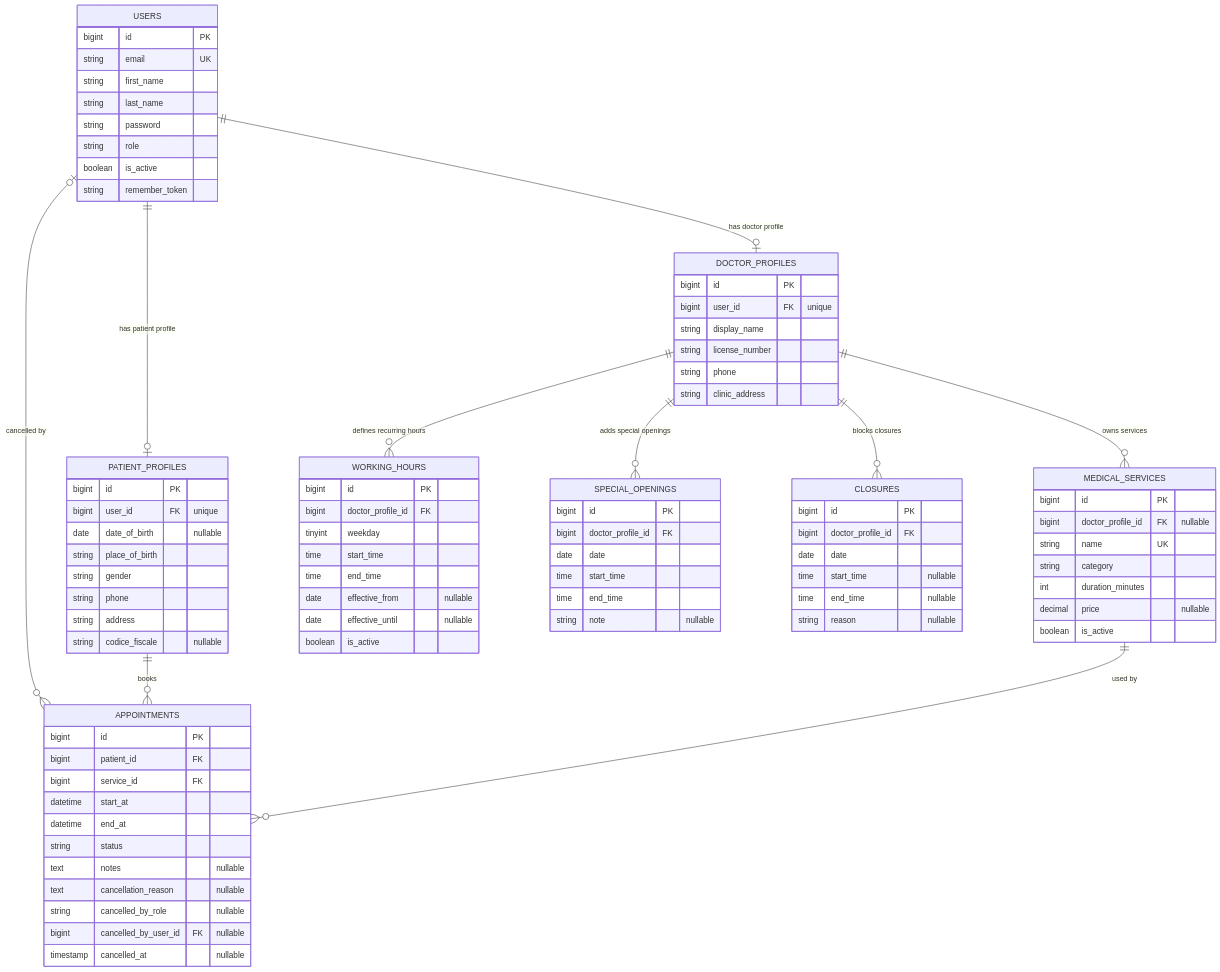
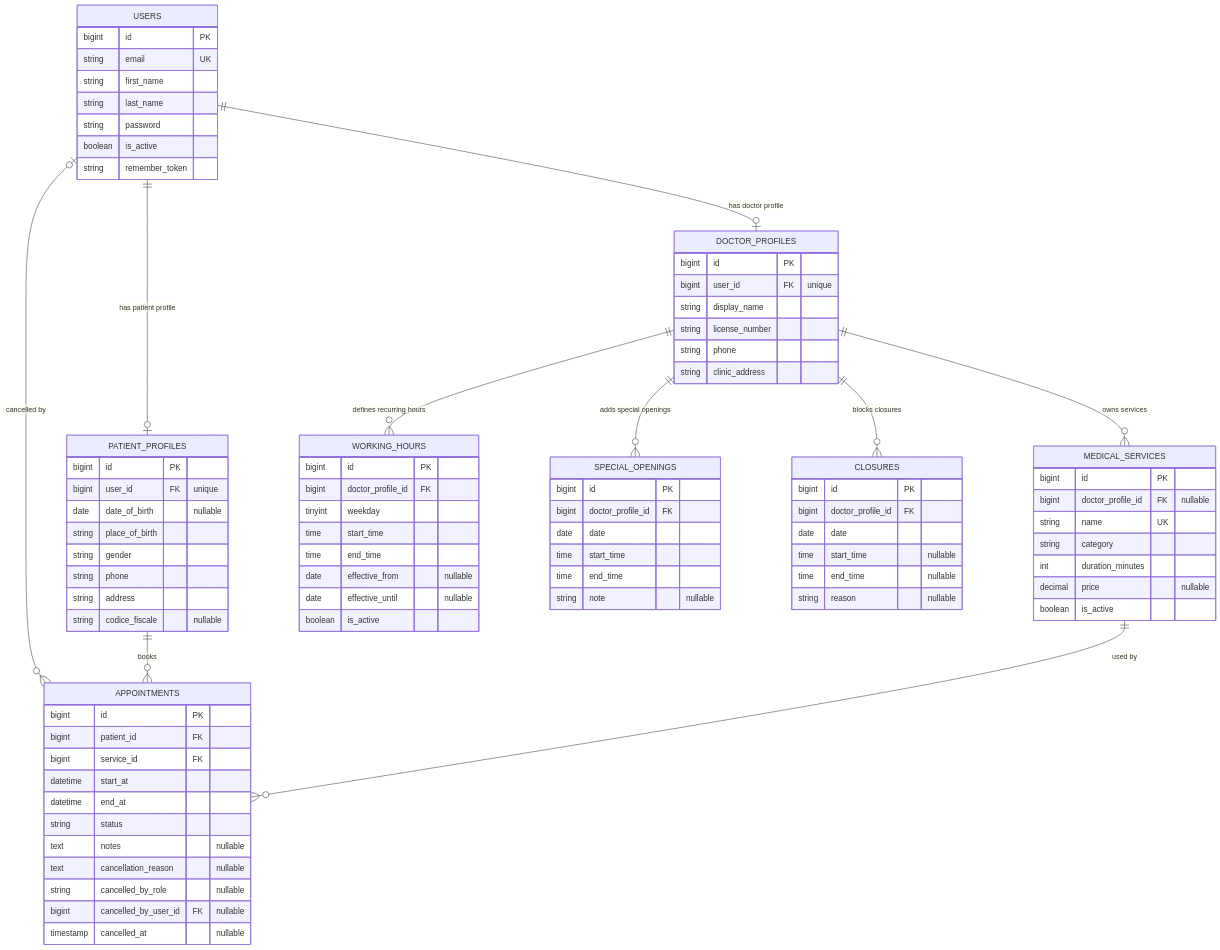
Before and after one commit to brahimgrr/Prenoting: the diagram in docs/er-diagram.md, drawn with Mermaid. The commit also changed other lines of this file and 116 other files, not shown here.

```diff
--- a/docs/er-diagram.md
+++ b/docs/er-diagram.md
@@ -12,7 +12,6 @@
     string first_name
     string last_name
     string password
-    string role
     boolean is_active
     string remember_token
   }
```
